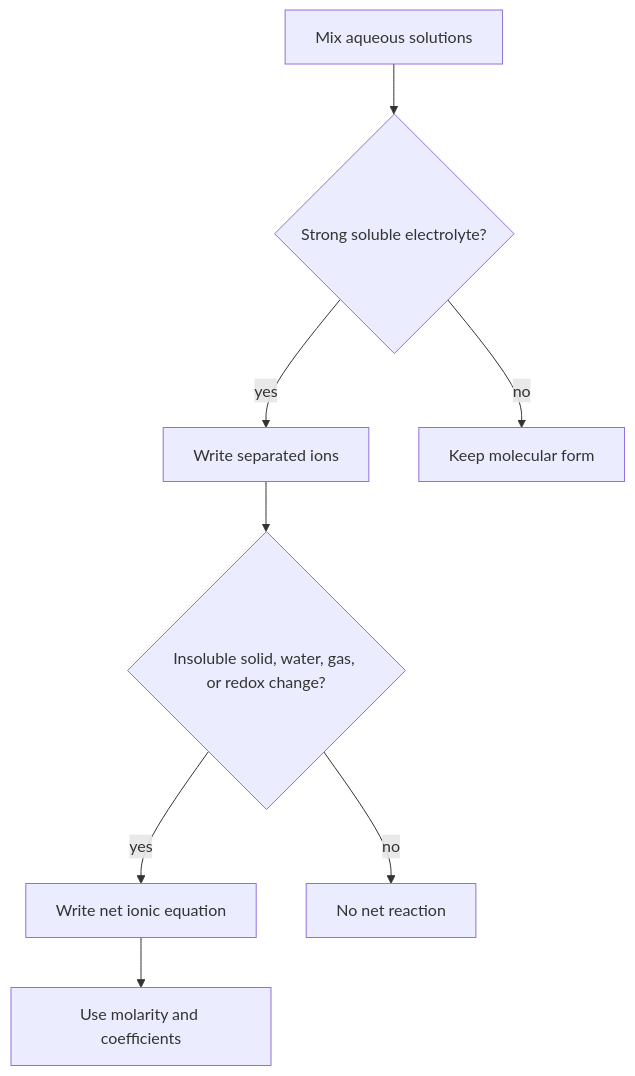
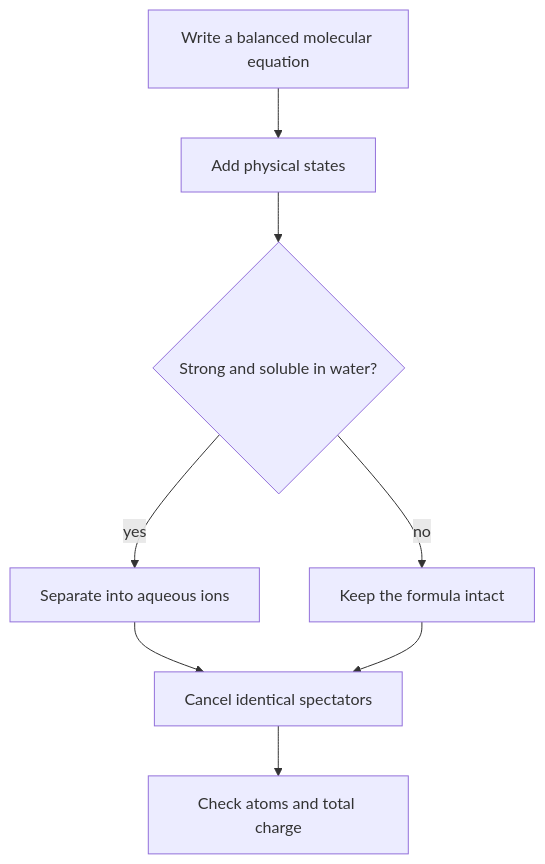
Before and after one commit to justinbrianhwang/SJ-wiki: the diagram in docs/chemistry/general/aqueous-reactions-and-solution-stoichiometry.md, drawn with Mermaid. The commit also changed other lines of this file and 955 other files, not shown here.

````diff
--- a/docs/chemistry/general/aqueous-reactions-and-solution-stoichiometry.md
+++ b/docs/chemistry/general/aqueous-reactions-and-solution-stoichiometry.md
@@ -56,10 +54,10 @@
 ```mermaid
 flowchart TD
-  A[Mix aqueous solutions] --> B{"Strong soluble electrolyte?"}
-  B -->|yes| C[Write separated ions]
-  B -->|no| D[Keep molecular form]
-  C --> E{"Insoluble solid, water, gas, or redox change?"}
-  E -->|yes| F[Write net ionic equation]
-  E -->|no| G[No net reaction]
-  F --> H[Use molarity and coefficients]
+  A["Write a balanced molecular equation"] --> B["Add physical states"]
+  B --> C{"Strong and soluble in water?"}
+  C -->|yes| D["Separate into aqueous ions"]
+  C -->|no| E["Keep the formula intact"]
+  D --> F["Cancel identical spectators"]
+  E --> F
+  F --> G["Check atoms and total charge"]
 ```
````
